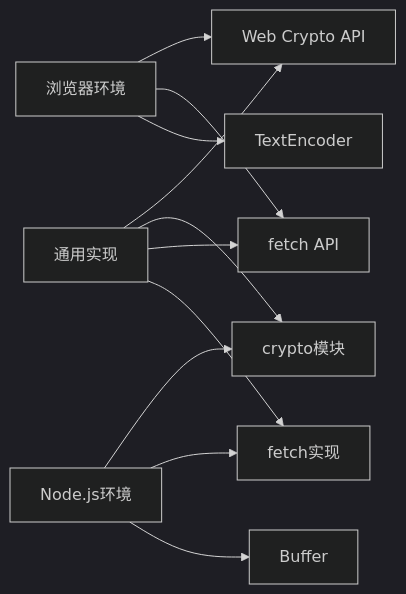
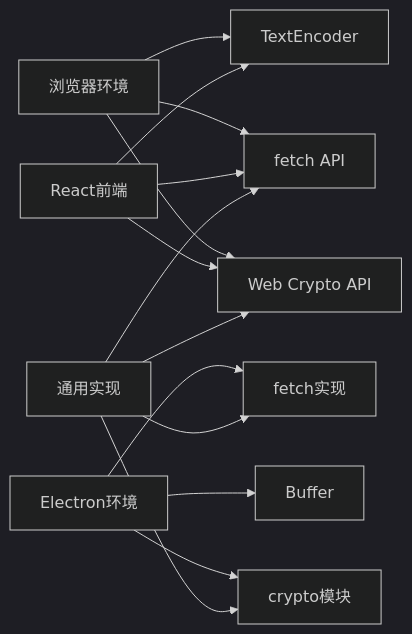
Diagram 11 of 13 in .qoder/repowiki/zh/content/核心概念/邀请码API客户端.md (verse-ai-org/openclaw), drawn with Mermaid (dark theme) before and after one commit. The commit also changed other lines of this file and 24 other files, not shown here.

````diff
--- a/.qoder/repowiki/zh/content/核心概念/邀请码API客户端.md
+++ b/.qoder/repowiki/zh/content/核心概念/邀请码API客户端.md
@@ -412,13 +471,16 @@
 ```mermaid
 graph LR
 A[浏览器环境] --> B[Web Crypto API]
 A --> C[fetch API]
 A --> D[TextEncoder]
-E[Node.js环境] --> F[crypto模块]
+E[Electron环境] --> F[crypto模块]
 E --> G[fetch实现]
 E --> H[Buffer]
-I[通用实现] --> B
-I --> F
+I[React前端] --> B
 I --> C
-I --> G
+I --> D
+J[通用实现] --> B
+J --> F
+J --> C
+J --> G
 ```
````
